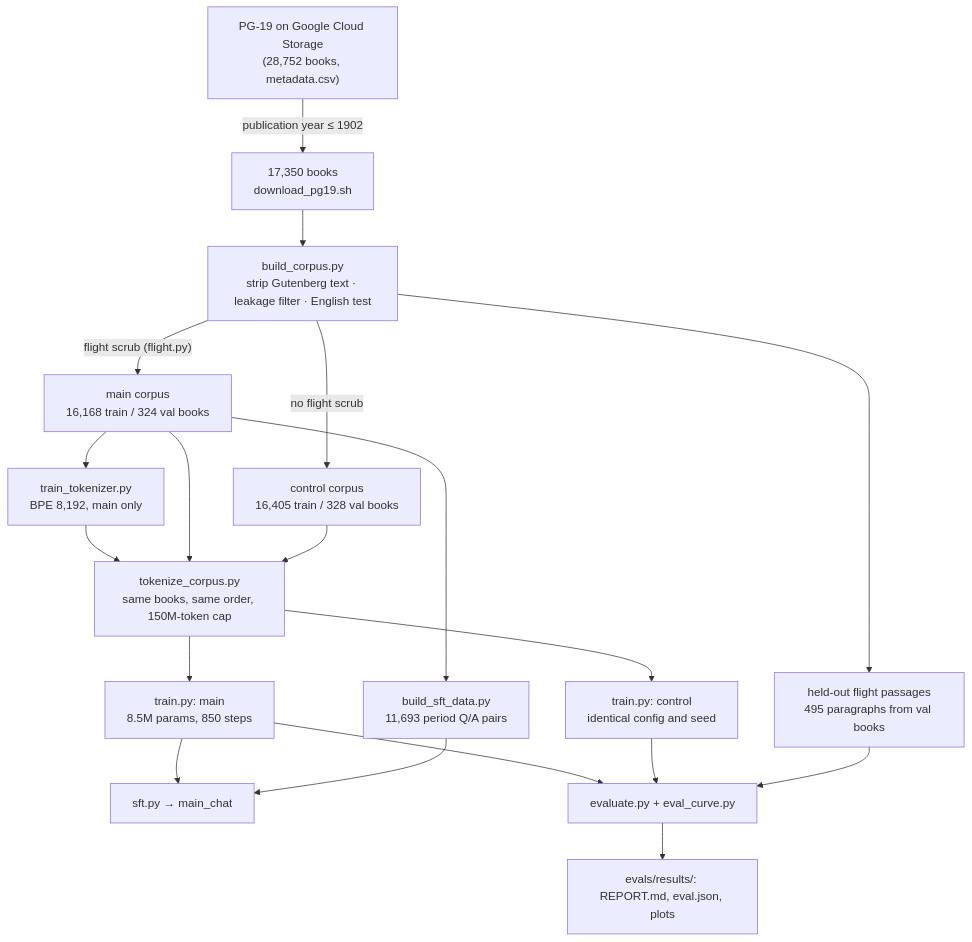
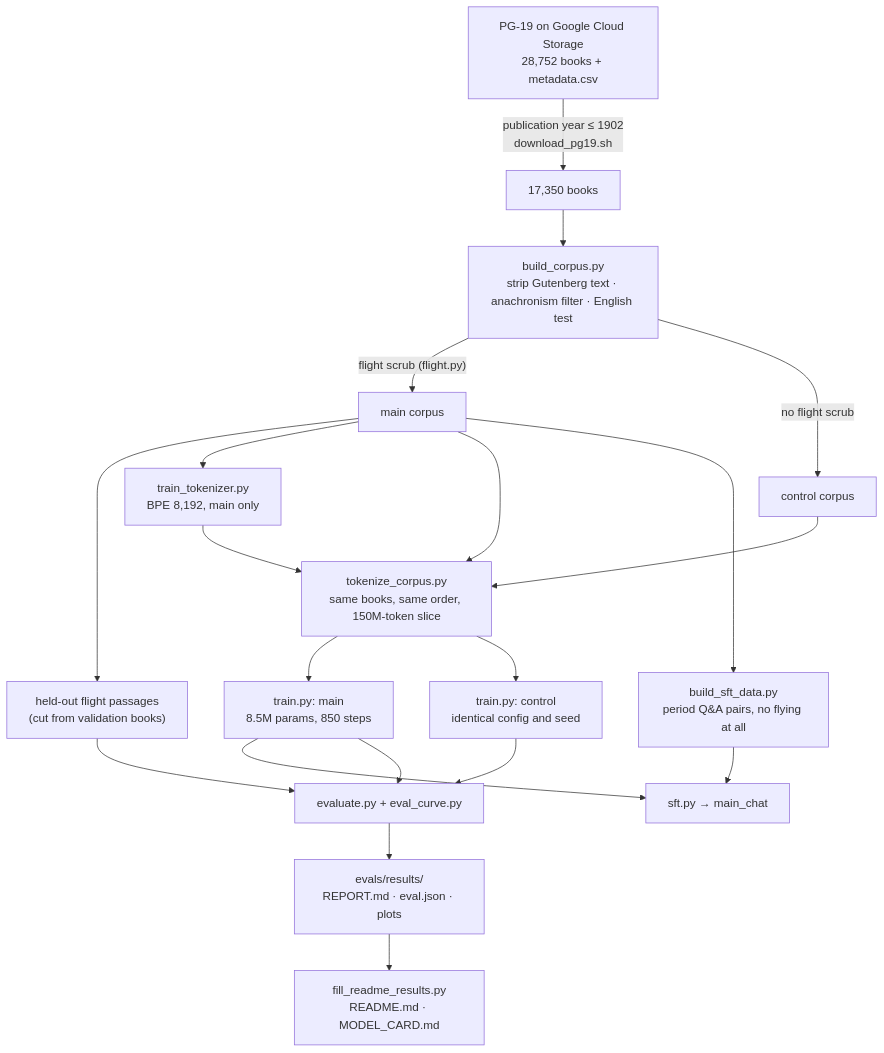
Before and after one commit to EricFinland/flight-ai-model-: the diagram in README.md, drawn with Mermaid. The commit also changed other lines of this file and 4 other files, not shown here.

````diff
--- a/README.md
+++ b/README.md
@@ -100,21 +122,22 @@
 ```mermaid
 flowchart TD
-    A["PG-19 on Google Cloud Storage<br/>(28,752 books, metadata.csv)"] -->|"publication year ≤ 1902"| B["17,350 books<br/>download_pg19.sh"]
-    B --> C["build_corpus.py<br/>strip Gutenberg text · leakage filter · English test"]
-    C -->|"flight scrub (flight.py)"| D["main corpus<br/>16,168 train / 324 val books"]
-    C -->|"no flight scrub"| E["control corpus<br/>16,405 train / 328 val books"]
-    C --> F["held-out flight passages<br/>495 paragraphs from val books"]
+    A["PG-19 on Google Cloud Storage<br/>28,752 books + metadata.csv"] -->|"publication year ≤ 1902<br/>download_pg19.sh"| B["17,350 books"]
+    B --> C["build_corpus.py<br/>strip Gutenberg text · anachronism filter · English test"]
+    C -->|"flight scrub (flight.py)"| D["main corpus"]
+    C -->|"no flight scrub"| E["control corpus"]
+    D --> F["held-out flight passages<br/>(cut from validation books)"]
     D --> T["train_tokenizer.py<br/>BPE 8,192, main only"]
-    T --> K["tokenize_corpus.py<br/>same books, same order, 150M-token cap"]
+    T --> K["tokenize_corpus.py<br/>same books, same order, 150M-token slice"]
     D --> K
     E --> K
     K --> M["train.py: main<br/>8.5M params, 850 steps"]
     K --> N["train.py: control<br/>identical config and seed"]
-    D --> S["build_sft_data.py<br/>11,693 period Q/A pairs"]
+    D --> S["build_sft_data.py<br/>period Q&A pairs, no flying at all"]
     M --> Q["sft.py → main_chat"]
     S --> Q
     M --> V["evaluate.py + eval_curve.py"]
     N --> V
     F --> V
-    V --> R["evals/results/: REPORT.md, eval.json, plots"]
+    V --> R["evals/results/<br/>REPORT.md · eval.json · plots"]
+    R --> W["fill_readme_results.py<br/>README.md · MODEL_CARD.md"]
 ```
````
